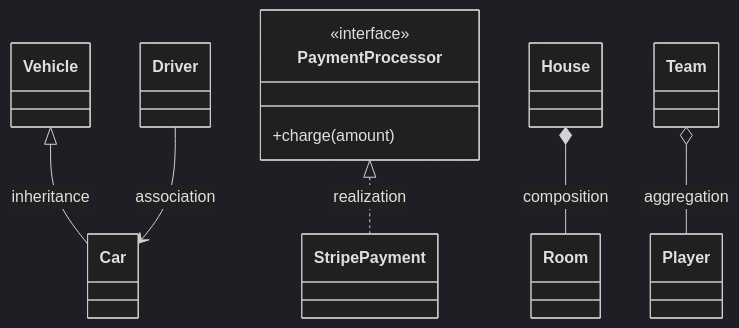
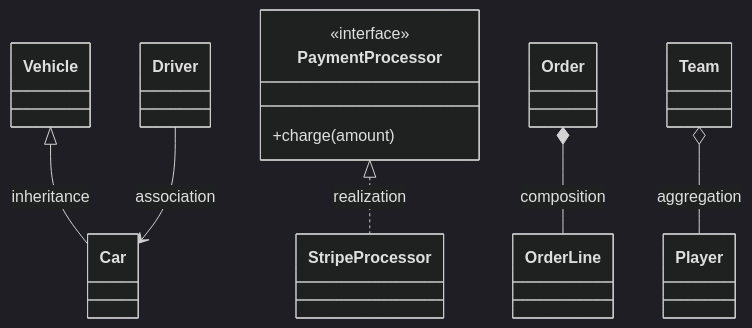
The diagram in design/1 Software Design/OOP Fundamentals.md (hshtgbrendo/software-dev-prep), drawn with Mermaid (dark theme) before and after one commit. The commit also changed other lines of this file and 28 other files, not shown here.

````diff
--- a/design/1 Software Design/OOP Fundamentals.md
+++ b/design/1 Software Design/OOP Fundamentals.md
@@ -120,12 +287,12 @@
 ```mermaid
 classDiagram
   Vehicle <|-- Car : inheritance
-  PaymentProcessor <|.. StripePayment : realization
-  House *-- Room : composition
+  PaymentProcessor <|.. StripeProcessor : realization
+  Order *-- OrderLine : composition
   Team o-- Player : aggregation
   Driver --> Car : association
   class PaymentProcessor {
     <<interface>>
     +charge(amount)
   }
 ```
````
